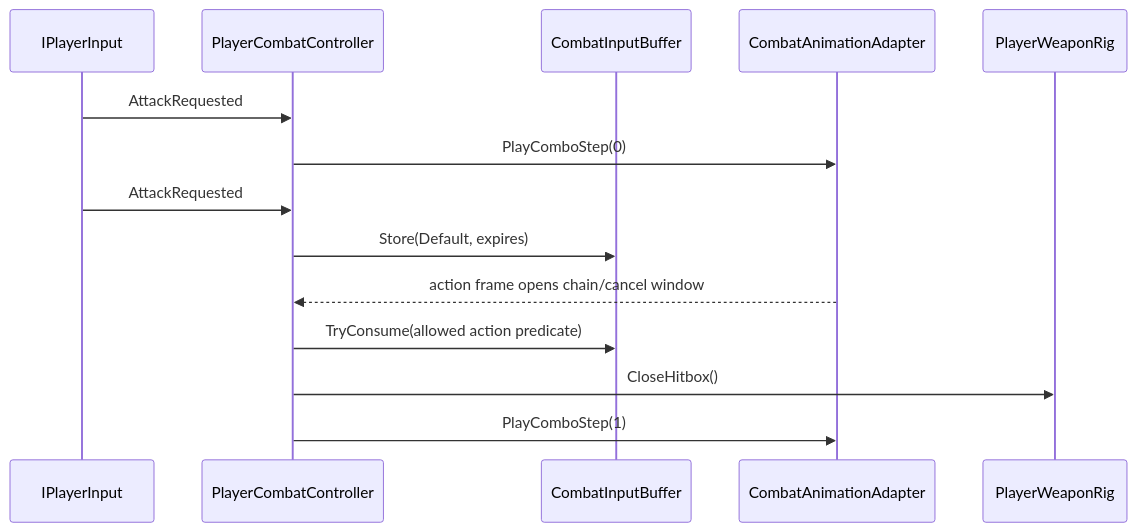
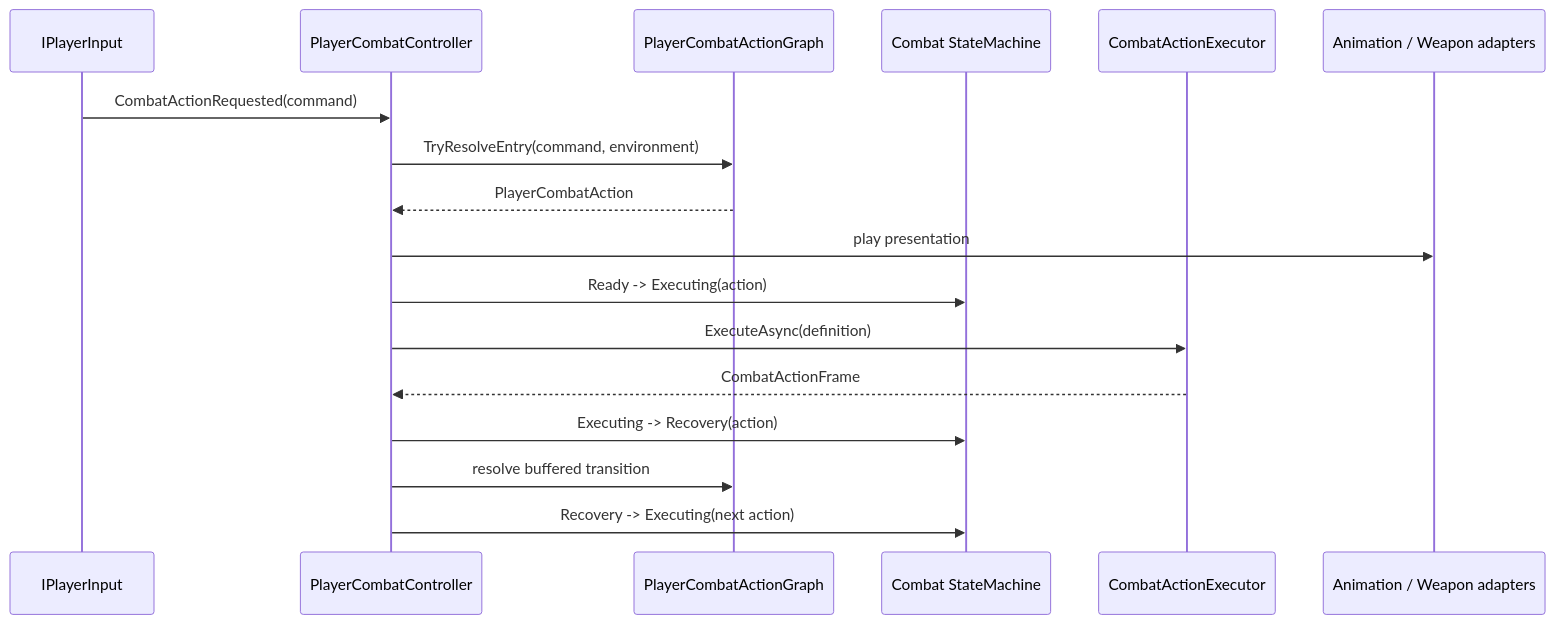
Before and after one commit to MaximFonariuc/project-s: the third of 3 diagrams in Docs/Architecture/Player.Combat.md, drawn with Mermaid. The commit also changed other lines of this file and 31 other files, not shown here.

Commit message:
feat: add data-driven player combat graph

````diff
--- a/Docs/Architecture/Player.Combat.md
+++ b/Docs/Architecture/Player.Combat.md
@@ -120,17 +93,20 @@
 ```mermaid
 sequenceDiagram
     participant Input as IPlayerInput
     participant Combat as PlayerCombatController
-    participant Buffer as CombatInputBuffer
-    participant Animation as CombatAnimationAdapter
-    participant Weapon as PlayerWeaponRig
+    participant Graph as PlayerCombatActionGraph
+    participant Machine as Combat StateMachine
+    participant Executor as CombatActionExecutor
+    participant View as Animation / Weapon adapters
 
-    Input->>Combat: AttackRequested
-    Combat->>Animation: PlayComboStep(0)
-    Input->>Combat: AttackRequested
-    Combat->>Buffer: Store(Default, expires)
-    Animation-->>Combat: action frame opens chain/cancel window
-    Combat->>Buffer: TryConsume(allowed action predicate)
-    Combat->>Weapon: CloseHitbox()
-    Combat->>Animation: PlayComboStep(1)
+    Input->>Combat: CombatActionRequested(command)
+    Combat->>Graph: TryResolveEntry(command, environment)
+    Graph-->>Combat: PlayerCombatAction
+    Combat->>View: play presentation
+    Combat->>Machine: Ready -> Executing(action)
+    Combat->>Executor: ExecuteAsync(definition)
+    Executor-->>Combat: CombatActionFrame
+    Combat->>Machine: Executing -> Recovery(action)
+    Combat->>Graph: resolve buffered transition
+    Combat->>Machine: Recovery -> Executing(next action)
 ```
````
